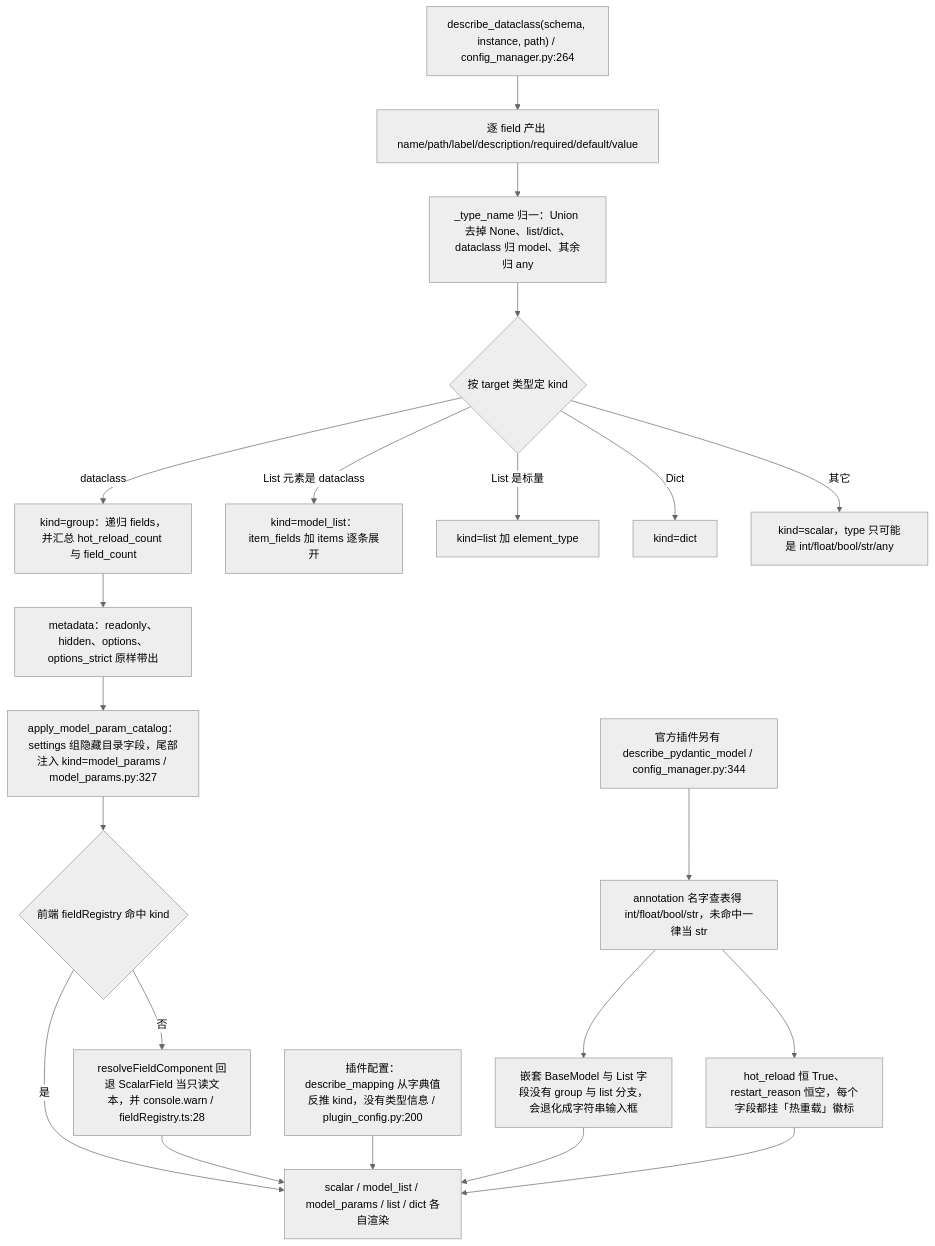
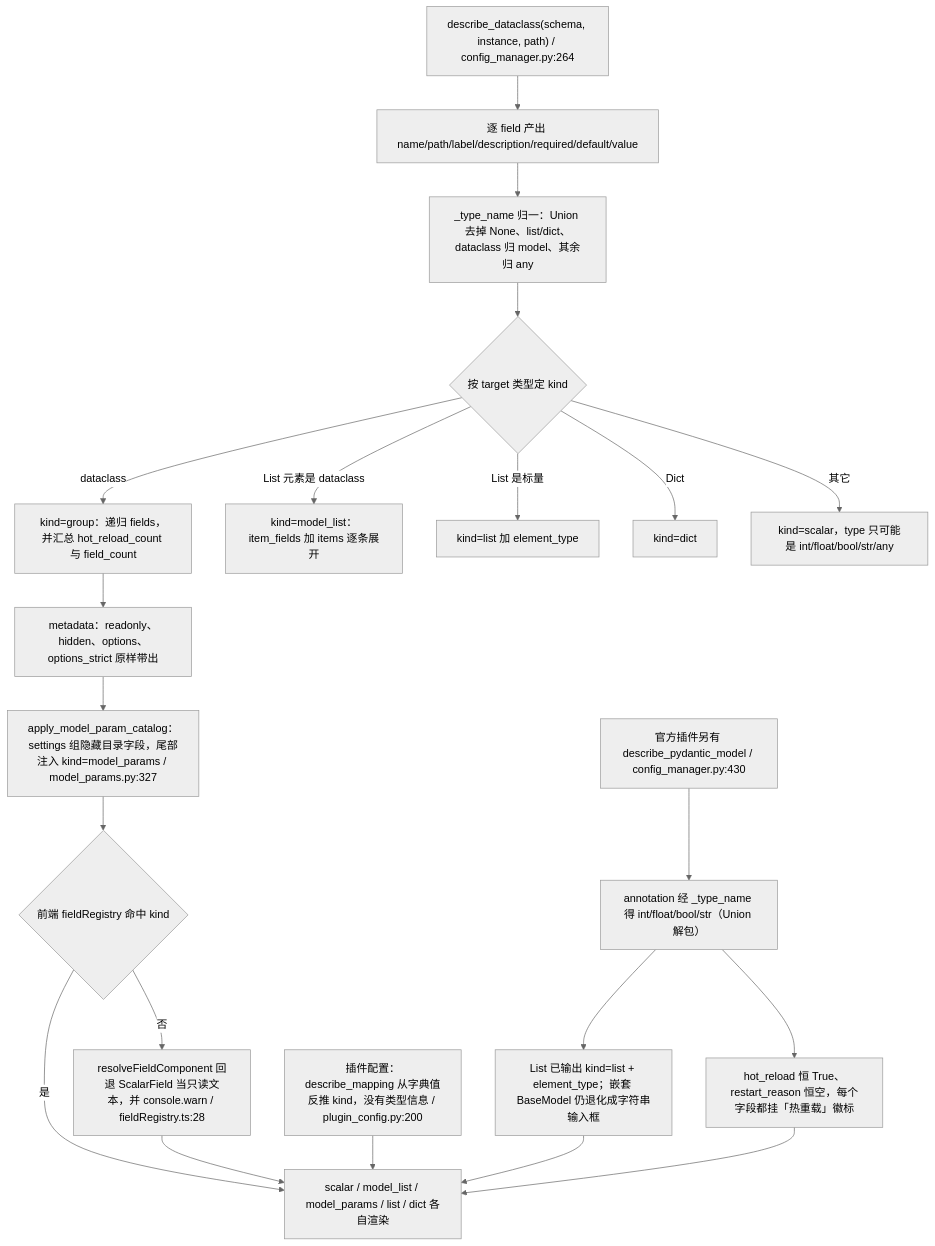
One commit to SuperQuail/NeoBot changed the fourth of 12 diagrams in docs/flow/09c-dashboard-config.md. Above: the diagram before and after it, drawn with Mermaid (neutral theme). The commit also changed other lines of this file and 42 other files, not shown here.

````diff
--- a/docs/flow/09c-dashboard-config.md
+++ b/docs/flow/09c-dashboard-config.md
@@ -199,23 +202,23 @@
 ```mermaid
 flowchart TD
     A["describe_dataclass(schema, instance, path) / config_manager.py:264"] --> B["逐 field 产出 name/path/label/description/required/default/value"]
     B --> C["_type_name 归一：Union 去掉 None、list/dict、dataclass 归 model、其余归 any"]
     C --> D{"按 target 类型定 kind"}
     D -- dataclass --> D1["kind=group：递归 fields，并汇总 hot_reload_count 与 field_count"]
     D -- List 元素是 dataclass --> D2["kind=model_list：item_fields 加 items 逐条展开"]
     D -- List 是标量 --> D3["kind=list 加 element_type"]
     D -- Dict --> D4["kind=dict"]
     D -- 其它 --> D5["kind=scalar，type 只可能是 int/float/bool/str/any"]
     D1 --> E["metadata：readonly、hidden、options、options_strict 原样带出"]
     E --> F["apply_model_param_catalog：settings 组隐藏目录字段，尾部注入 kind=model_params / model_params.py:327"]
     F --> G{"前端 fieldRegistry 命中 kind"}
     G -- 否 --> G1["resolveFieldComponent 回退 ScalarField 当只读文本，并 console.warn / fieldRegistry.ts:28"]
     G -- 是 --> H["scalar / model_list / model_params / list / dict 各自渲染"]
     G1 --> H
     I["插件配置：describe_mapping 从字典值反推 kind，没有类型信息 / plugin_config.py:200"] --> H
-    J["官方插件另有 describe_pydantic_model / config_manager.py:344"] --> K["annotation 名字查表得 int/float/bool/str，未命中一律当 str"]
-    K --> L["嵌套 BaseModel 与 List 字段没有 group 与 list 分支，会退化成字符串输入框"]
+    J["官方插件另有 describe_pydantic_model / config_manager.py:430"] --> K["annotation 经 _type_name 得 int/float/bool/str（Union 解包）"]
+    K --> L["List 已输出 kind=list + element_type；嵌套 BaseModel 仍退化成字符串输入框"]
     K --> M["hot_reload 恒 True、restart_reason 恒空，每个字段都挂「热重载」徽标"]
     L --> H
     M --> H
 ```
````
